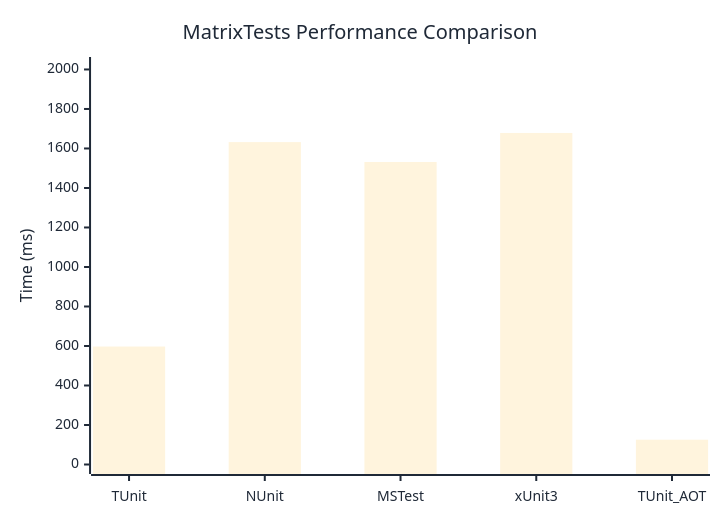
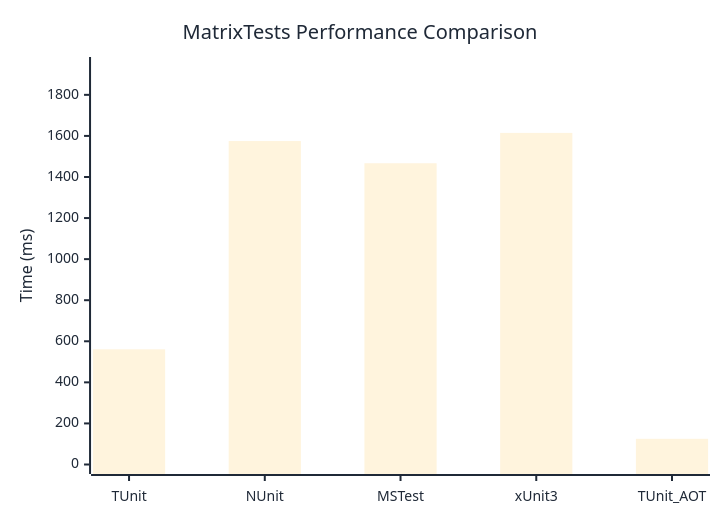
The diagram in docs/docs/benchmarks/MatrixTests.md (thomhurst/TUnit), drawn with Mermaid before and after one commit. The commit also changed other lines of this file and 17 other files, not shown here.

````diff
--- a/docs/docs/benchmarks/MatrixTests.md
+++ b/docs/docs/benchmarks/MatrixTests.md
@@ -27,37 +27,37 @@
 ```mermaid
 %%{init: {
   'theme':'base',
   'themeVariables': {
     'primaryColor': '#2563eb',
     'primaryTextColor': '#1f2937',
     'primaryBorderColor': '#1e40af',
     'lineColor': '#6b7280',
     'secondaryColor': '#7c3aed',
     'tertiaryColor': '#dc2626',
     'background': '#ffffff',
     'mainBkg': '#2563eb',
     'secondBkg': '#7c3aed',
     'tertiaryBkg': '#dc2626',
     'clusterBkg': '#f3f4f6',
     'edgeLabelBackground': '#ffffff',
     'tertiaryTextColor': '#1f2937',
     'pie1': '#2563eb',
     'pie2': '#7c3aed',
     'pie3': '#dc2626',
     'pie4': '#f59e0b',
     'pie5': '#10b981',
     'pie6': '#06b6d4',
     'pie7': '#ec4899',
     'pie8': '#6366f1',
     'pie9': '#84cc16',
     'pie10': '#f97316',
     'pie11': '#14b8a6',
     'pie12': '#a855f7'
   }
 }}%%
 xychart-beta
   title "MatrixTests Performance Comparison"
   x-axis ["TUnit", "NUnit", "MSTest", "xUnit3", "TUnit_AOT"]
-  y-axis "Time (ms)" 0 --> 2015
-  bar [597.3, 1632.3, 1531.5, 1678.5, 125.5]
+  y-axis "Time (ms)" 0 --> 1938
+  bar [560.9, 1575, 1466.9, 1614.7, 125]
 ```
````
